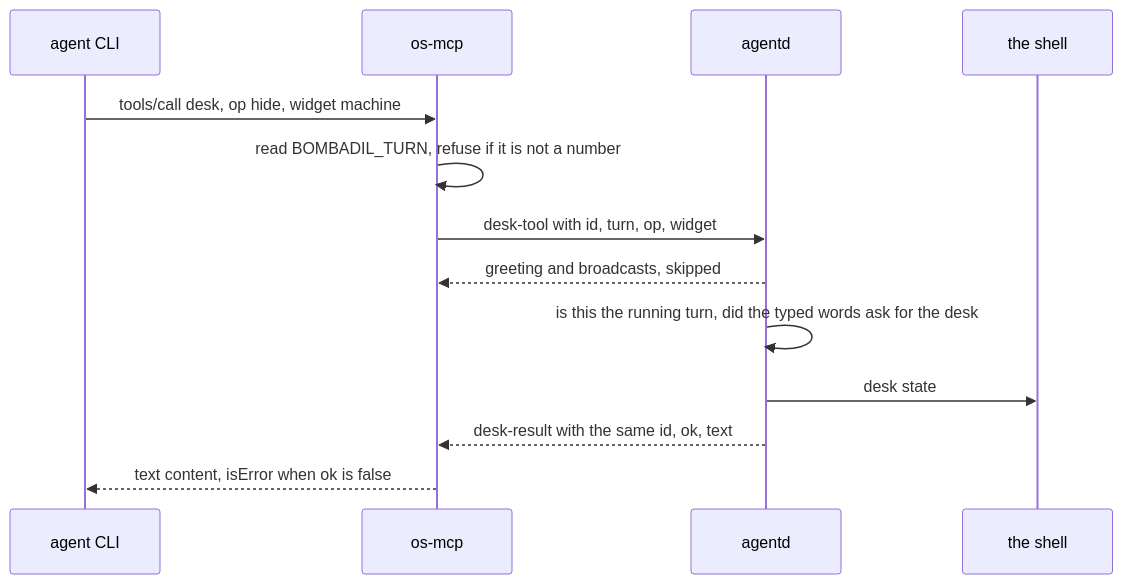
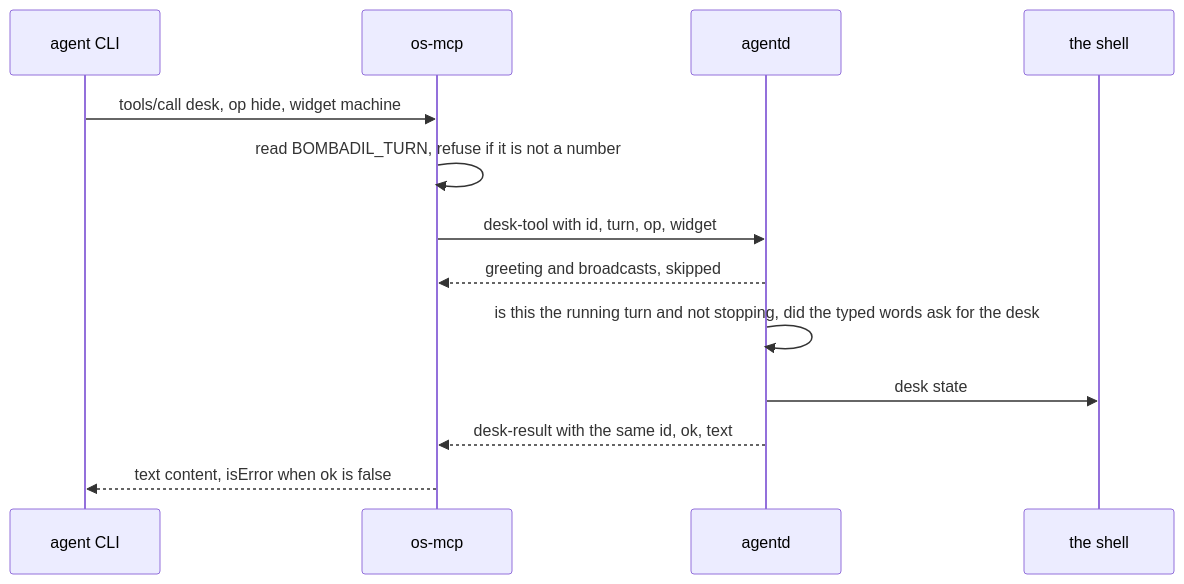
One commit to thedefaultman/Bombadil changed the second of 2 diagrams in docs/architecture/os-mcp.md. Above: the diagram before and after it, drawn with Mermaid. The commit also changed other lines of this file and 31 other files, not shown here.

````diff
--- a/docs/architecture/os-mcp.md
+++ b/docs/architecture/os-mcp.md
@@ -47,15 +49,15 @@
 ```mermaid
 sequenceDiagram
     participant CLI as agent CLI
     participant MCP as os-mcp
     participant AGENTD as agentd
     participant SHELL as the shell
     CLI->>MCP: tools/call desk, op hide, widget machine
     MCP->>MCP: read BOMBADIL_TURN, refuse if it is not a number
     MCP->>AGENTD: desk-tool with id, turn, op, widget
     AGENTD-->>MCP: greeting and broadcasts, skipped
-    AGENTD->>AGENTD: is this the running turn, did the typed words ask for the desk
+    AGENTD->>AGENTD: is this the running turn and not stopping, did the typed words ask for the desk
     AGENTD->>SHELL: desk state
     AGENTD-->>MCP: desk-result with the same id, ok, text
     MCP-->>CLI: text content, isError when ok is false
 ```
````
